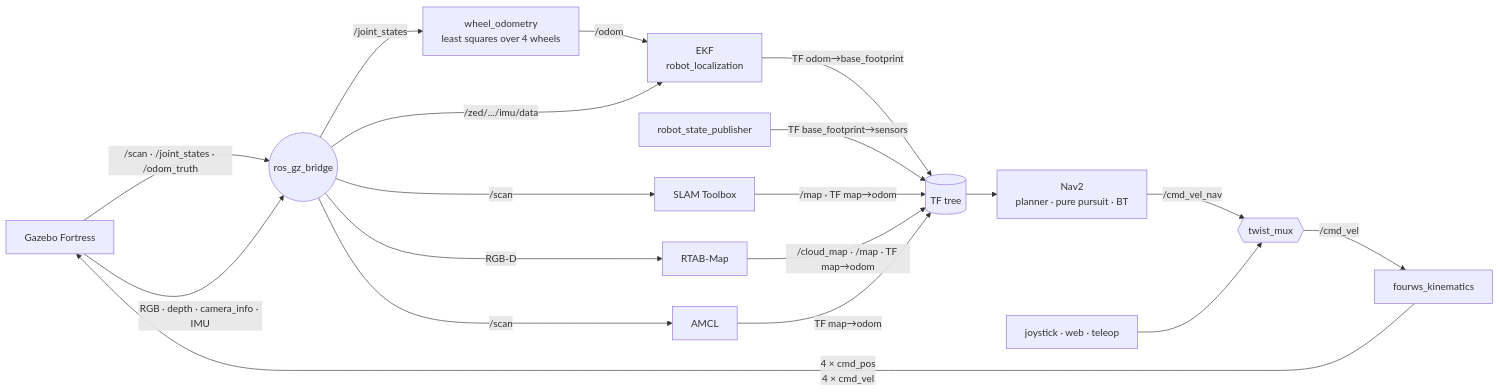
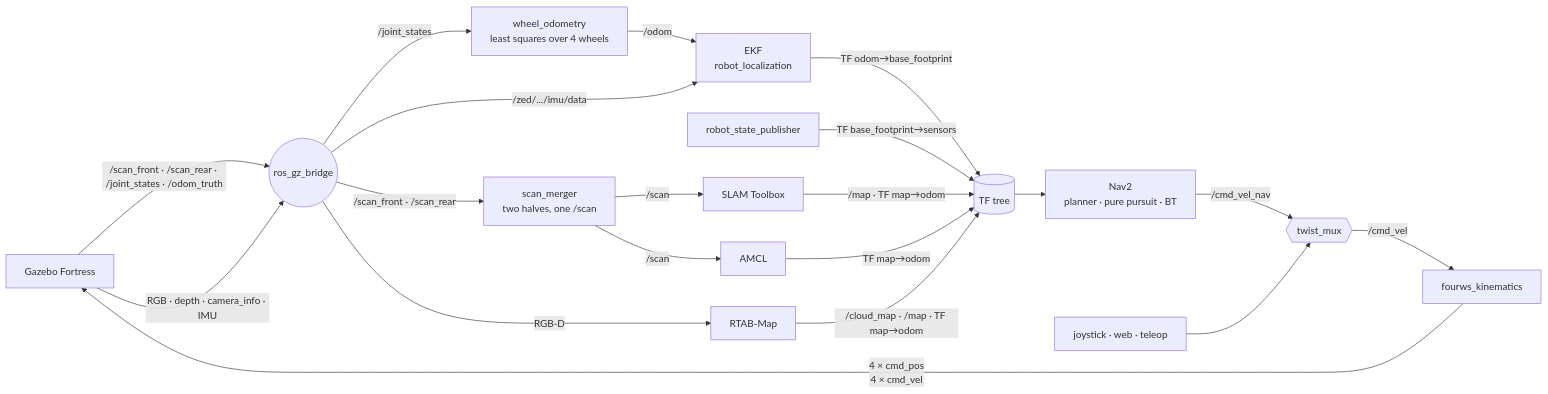
Before and after one commit to MrDavidAlv/tadeo-eCar-ws: the second of 3 diagrams in README.md, drawn with Mermaid. The commit also changed other lines of this file and 11 other files, not shown here.

````diff
--- a/README.md
+++ b/README.md
@@ -197,24 +247,25 @@
 ```mermaid
 flowchart LR
-    GZ["Gazebo Fortress"] -- "/scan · /joint_states · /odom_truth" --> BR(("ros_gz_bridge"))
+    GZ["Gazebo Fortress"] -- "/scan_front · /scan_rear · /joint_states · /odom_truth" --> BR(("ros_gz_bridge"))
     GZ -- "RGB · depth · camera_info · IMU" --> BR
 
     BR -- "/joint_states" --> WO["wheel_odometry<br/>least squares over 4 wheels"]
     WO -- "/odom" --> EKF["EKF<br/>robot_localization"]
     BR -- "/zed/.../imu/data" --> EKF
     EKF -- "TF odom→base_footprint" --> TF[("TF tree")]
     RSP["robot_state_publisher"] -- "TF base_footprint→sensors" --> TF
 
-    BR -- "/scan" --> SLAM["SLAM Toolbox"]
+    BR -- "/scan_front · /scan_rear" --> MRG["scan_merger<br/>two halves, one /scan"]
+    MRG -- "/scan" --> SLAM["SLAM Toolbox"]
     SLAM -- "/map · TF map→odom" --> TF
     BR -- "RGB-D" --> RTAB["RTAB-Map"]
     RTAB -- "/cloud_map · /map · TF map→odom" --> TF
-    BR -- "/scan" --> AMCL["AMCL"]
+    MRG -- "/scan" --> AMCL["AMCL"]
     AMCL -- "TF map→odom" --> TF
 
     TF --> NAV["Nav2<br/>planner · pure pursuit · BT"]
     NAV -- "/cmd_vel_nav" --> MUX{{"twist_mux"}}
     JOY["joystick · web · teleop"] --> MUX
     MUX -- "/cmd_vel" --> KIN["fourws_kinematics"]
     KIN -- "4 × cmd_pos<br/>4 × cmd_vel" --> GZ
 ```
````
